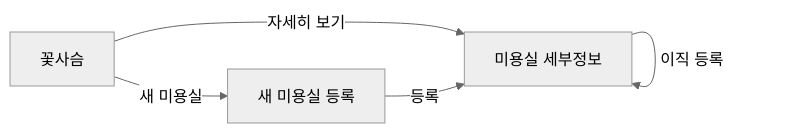
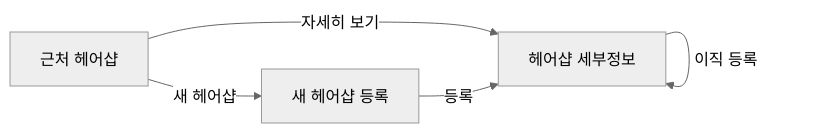
Before and after one commit to gold9ine/test_myservice: the diagram in PRD.md, drawn with Mermaid (neutral theme). The commit also changed other lines of this file and 18 other files, not shown here.

Commit message:
Rename 미용실 to 헤어샵 across PRD, app, chatbot and docs; title home screen 근처 헤어샵

````diff
--- a/PRD.md
+++ b/PRD.md
@@ -45,7 +45,7 @@
 ```mermaid
 flowchart LR
-    A[꽃사슴] -->|새 미용실| B[새 미용실 등록]
-    A -->|자세히 보기| C[미용실 세부정보]
+    A[근처 헤어샵] -->|새 헤어샵| B[새 헤어샵 등록]
+    A -->|자세히 보기| C[헤어샵 세부정보]
     B -->|등록| C
     C -->|이직 등록| C
 ```
````
